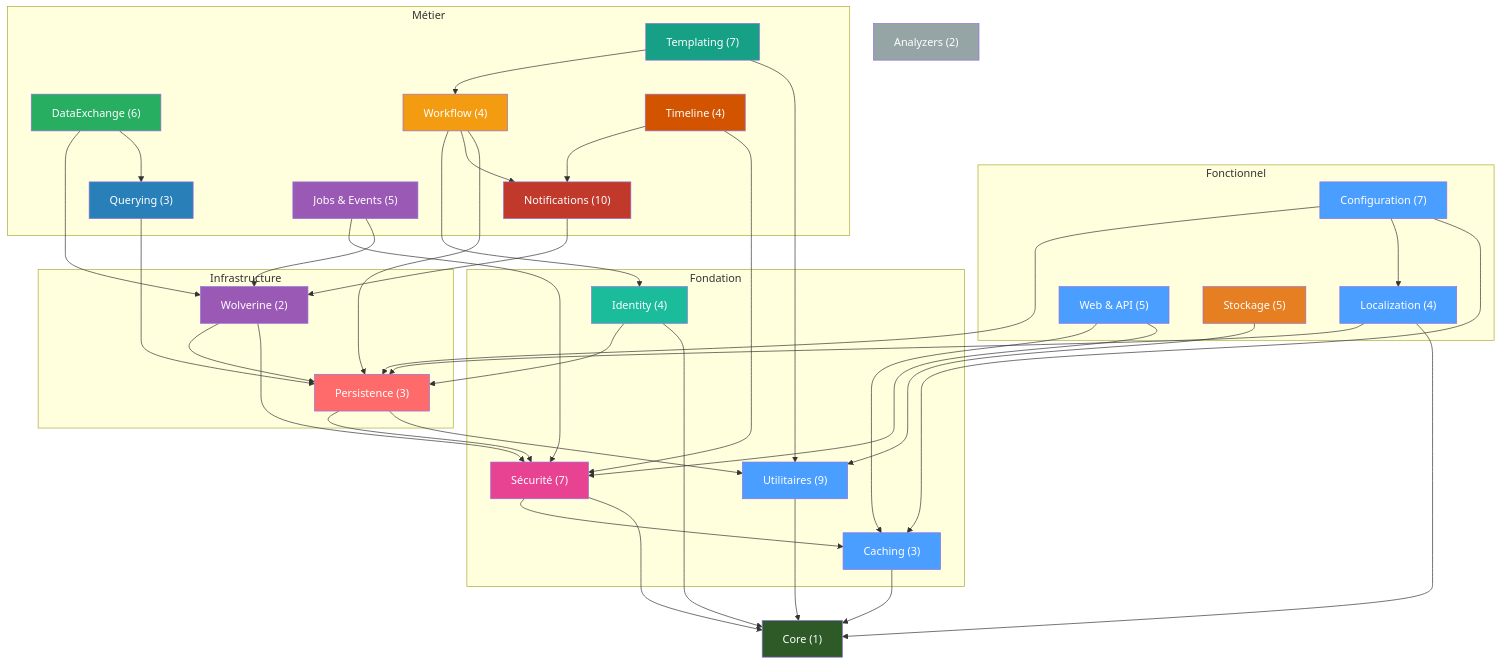
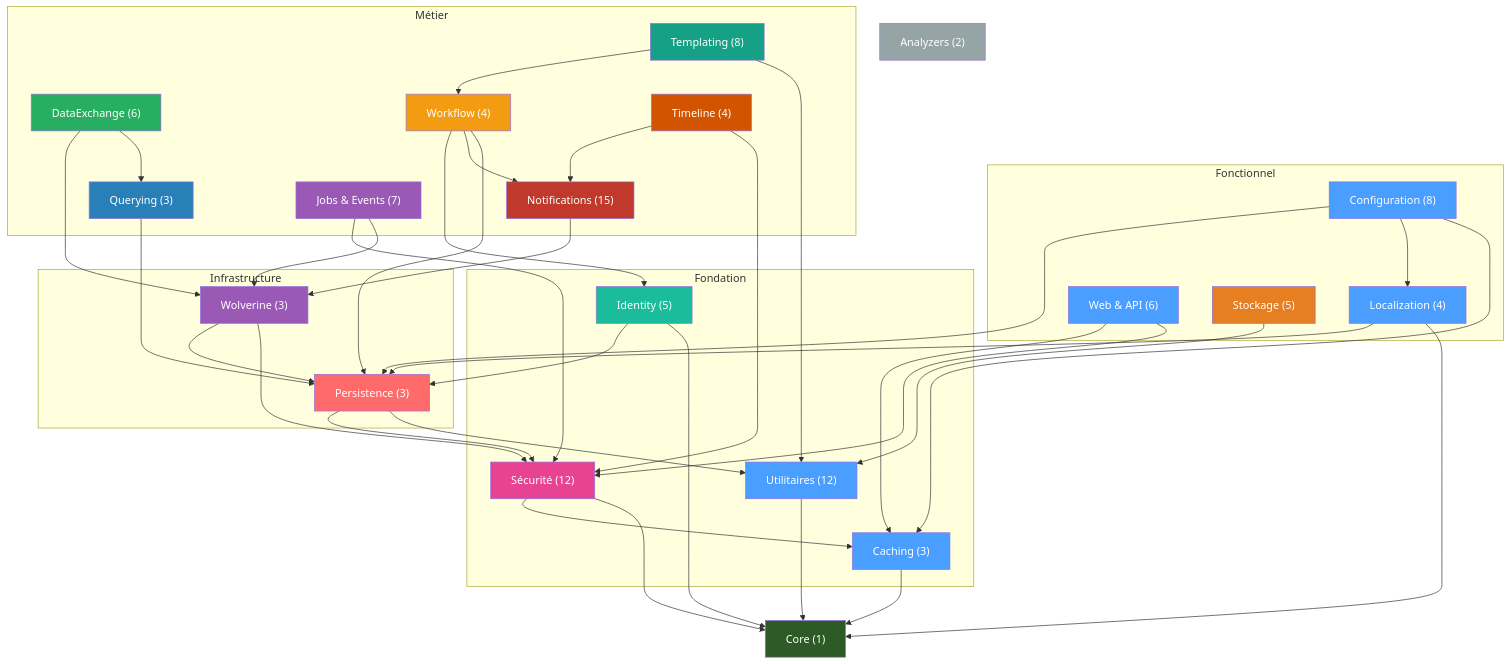
One commit to enraiz/granit-dotnet changed the first of 8 diagrams in docs/framework/dependencies.md. Above: the diagram before and after it, drawn with Mermaid. The commit also changed other lines of this file, not shown here.

First line of the commit message:
docs: update dependency graph for 111 packages (was 92)

```diff
--- a/docs/framework/dependencies.md
+++ b/docs/framework/dependencies.md
@@ -23,32 +23,32 @@
     CORE["Core (1)"]
 
     subgraph Fondation
-        UTILS["Utilitaires (9)"]
-        SEC["Sécurité (7)"]
+        UTILS["Utilitaires (12)"]
+        SEC["Sécurité (12)"]
         CACHE["Caching (3)"]
-        IDENT["Identity (4)"]
+        IDENT["Identity (5)"]
     end
 
     subgraph Infrastructure
         PERS["Persistence (3)"]
-        WOL["Wolverine (2)"]
+        WOL["Wolverine (3)"]
     end
 
     subgraph Fonctionnel
         LOC["Localization (4)"]
-        WEB["Web & API (5)"]
-        CONFIG["Configuration (7)"]
+        WEB["Web & API (6)"]
+        CONFIG["Configuration (8)"]
         STORAGE["Stockage (5)"]
     end
 
     subgraph Métier
-        TMPL["Templating (7)"]
+        TMPL["Templating (8)"]
         QRY["Querying (3)"]
         DX["DataExchange (6)"]
         WF["Workflow (4)"]
-        NOTIF["Notifications (10)"]
+        NOTIF["Notifications (15)"]
         TL["Timeline (4)"]
-        JOBS["Jobs & Events (5)"]
+        JOBS["Jobs & Events (7)"]
     end
 
     ANLZ["Analyzers (2)"]
```
